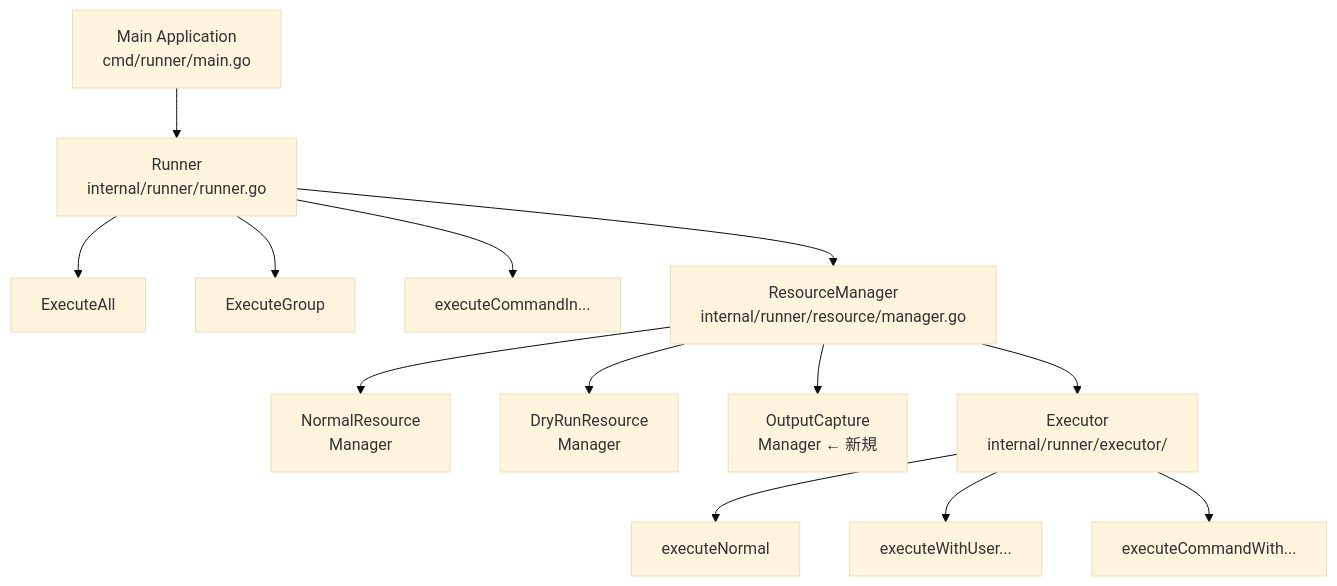
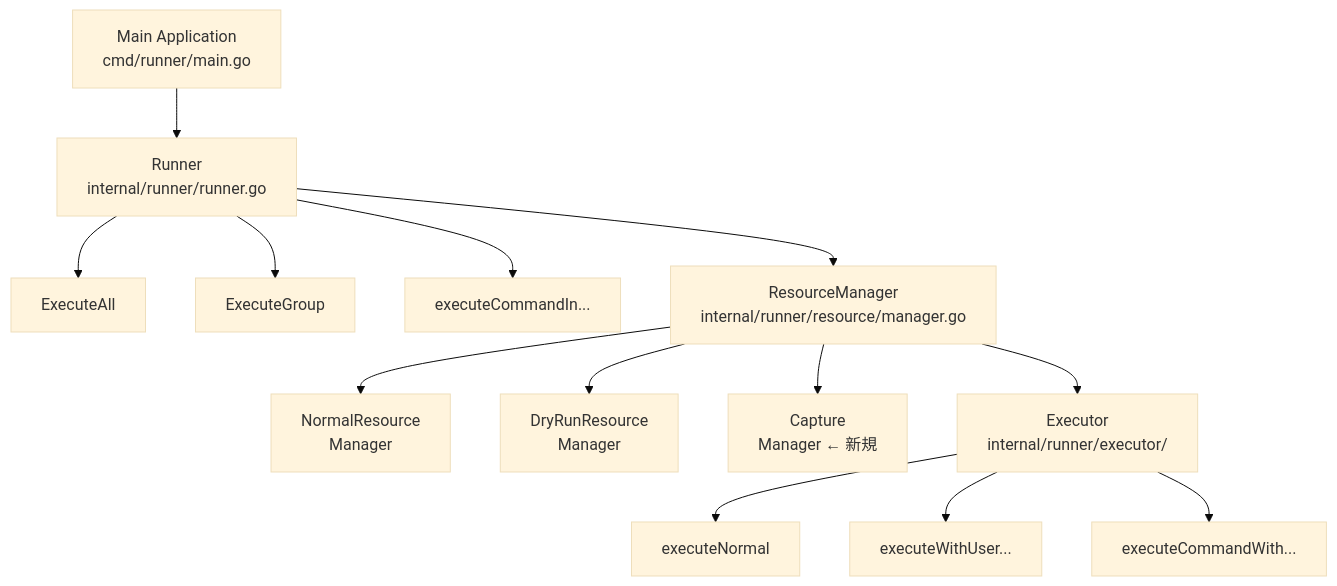
One commit to isseis/go-safe-cmd-runner changed the first of 11 diagrams in docs/tasks/0025_command_output/02_architecture.md. Above: the diagram before and after it, drawn with Mermaid (base theme). The commit also changed other lines of this file and 8 other files, not shown here.

First line of the commit message:
Add initial output capture types, interfaces, tests and update docs/plans

````diff
--- a/docs/tasks/0025_command_output/02_architecture.md
+++ b/docs/tasks/0025_command_output/02_architecture.md
@@ -19,15 +19,15 @@
 ```mermaid
 graph TD
     A[Main Application<br/>cmd/runner/main.go] --> B[Runner<br/>internal/runner/runner.go]
     B --> B1[ExecuteAll]
     B --> B2[ExecuteGroup]
     B --> B3[executeCommandIn...]
     B --> C[ResourceManager<br/>internal/runner/resource/manager.go]
     C --> C1[NormalResource<br/>Manager]
     C --> C2[DryRunResource<br/>Manager]
-    C --> C3[OutputCapture<br/>Manager ← 新規]
+    C --> C3[Capture<br/>Manager ← 新規]
     C --> D[Executor<br/>internal/runner/executor/]
     D --> D1[executeNormal]
     D --> D2[executeWithUser...]
     D --> D3[executeCommandWith...]
 ```
````
